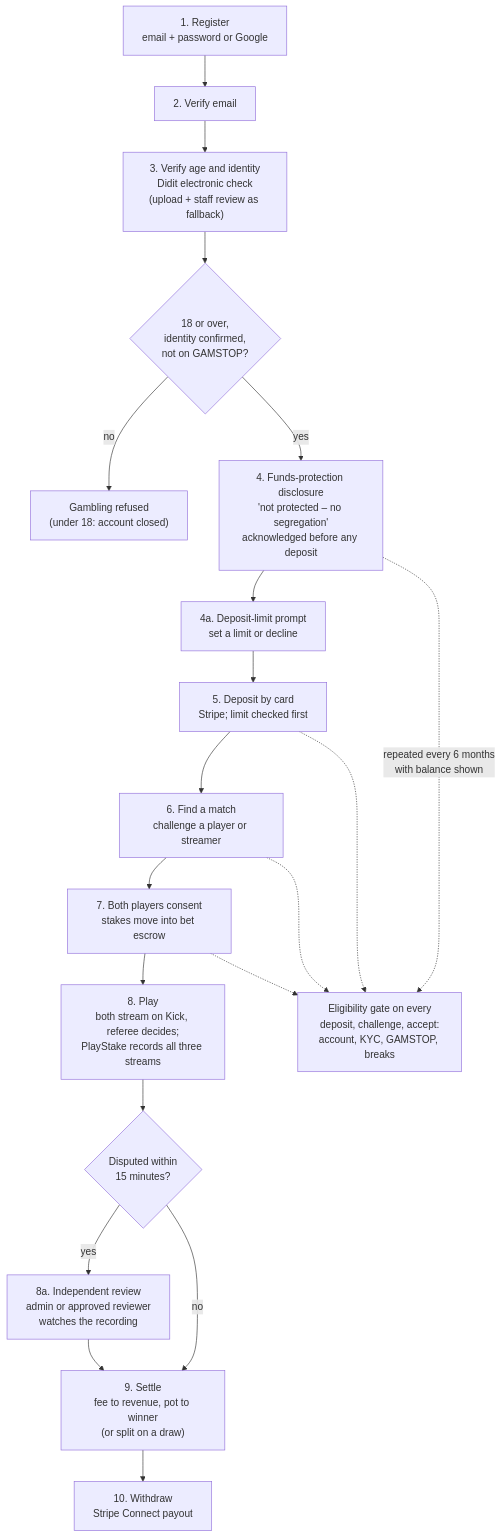
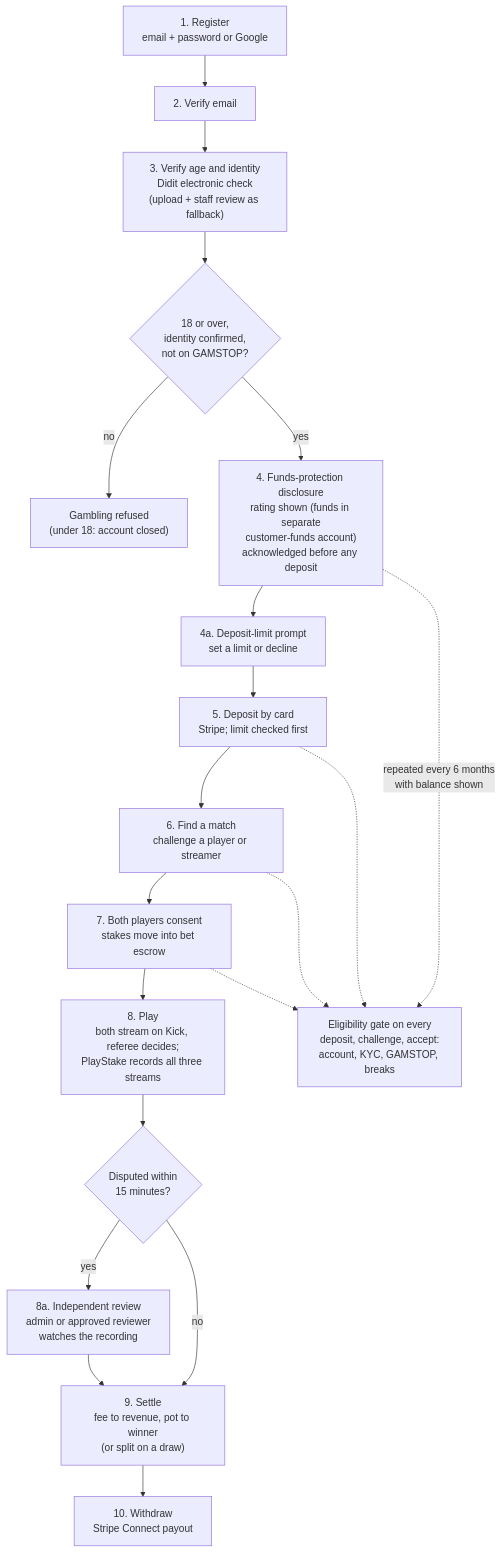
Before and after one commit to mayswill3/PlayStake: the first of 2 diagrams in docs/compliance/09-end-to-end-flow.md, drawn with Mermaid. The commit also changed other lines of this file and 34 other files, not shown here.

First line of the commit message:
Prepare segregated customer funds (LCCP 4.1.1)

````diff
--- a/docs/compliance/09-end-to-end-flow.md
+++ b/docs/compliance/09-end-to-end-flow.md
@@ -19,22 +19,22 @@
 ```mermaid
 flowchart TD
   A["1. Register<br/>email + password or Google"] --> B["2. Verify email"]
   B --> C["3. Verify age and identity<br/>Didit electronic check<br/>(upload + staff review as fallback)"]
   C --> D{"18 or over,<br/>identity confirmed,<br/>not on GAMSTOP?"}
   D -- no --> X["Gambling refused<br/>(under 18: account closed)"]
-  D -- yes --> FP["4. Funds-protection disclosure<br/>'not protected – no segregation'<br/>acknowledged before any deposit"]
+  D -- yes --> FP["4. Funds-protection disclosure<br/>rating shown (funds in separate<br/>customer-funds account)<br/>acknowledged before any deposit"]
   FP --> E["4a. Deposit-limit prompt<br/>set a limit or decline"]
   E --> F["5. Deposit by card<br/>Stripe; limit checked first"]
   F --> G["6. Find a match<br/>challenge a player or streamer"]
   G --> H["7. Both players consent<br/>stakes move into bet escrow"]
   H --> I["8. Play<br/>both stream on Kick, referee decides;<br/>PlayStake records all three streams"]
   I --> DS{"Disputed within<br/>15 minutes?"}
   DS -- yes --> RV["8a. Independent review<br/>admin or approved reviewer<br/>watches the recording"]
   RV --> J
   DS -- no --> J["9. Settle<br/>fee to revenue, pot to winner<br/>(or split on a draw)"]
   J --> K["10. Withdraw<br/>Stripe Connect payout"]
   G -.-> L["Eligibility gate on every<br/>deposit, challenge, accept:<br/>account, KYC, GAMSTOP, breaks"]
   H -.-> L
   F -.-> L
   FP -. "repeated every 6 months<br/>with balance shown" .-> L
 ```
````
